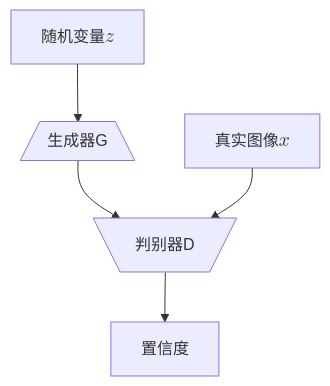
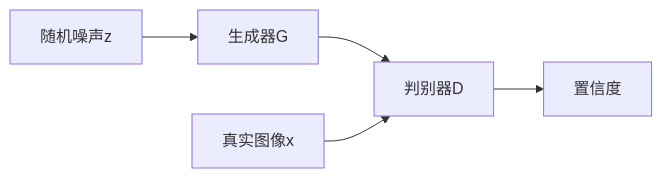
One commit to Edlinf/Edlinf.github.io changed the second of 2 diagrams in _posts/2025-06-09-f-AnoGAN的前世今生.md. Above: the diagram before and after it, drawn with Mermaid. The commit also changed other lines of this file, not shown here.

````diff
--- a/_posts/2025-06-09-f-AnoGAN的前世今生.md
+++ b/_posts/2025-06-09-f-AnoGAN的前世今生.md
@@ -28,7 +28,7 @@
 ```mermaid
-graph TB
-    A[随机变量$$z$$] --> B[/生成器G\]
-    B --> C[\判别器D/]
-    D[真实图像$$x$$] --> C
+graph LR
+    A[随机噪声z] --> B[生成器G]
+    B --> C[判别器D]
+    D[真实图像x] --> C
     C --> E[置信度]
 ```
````
